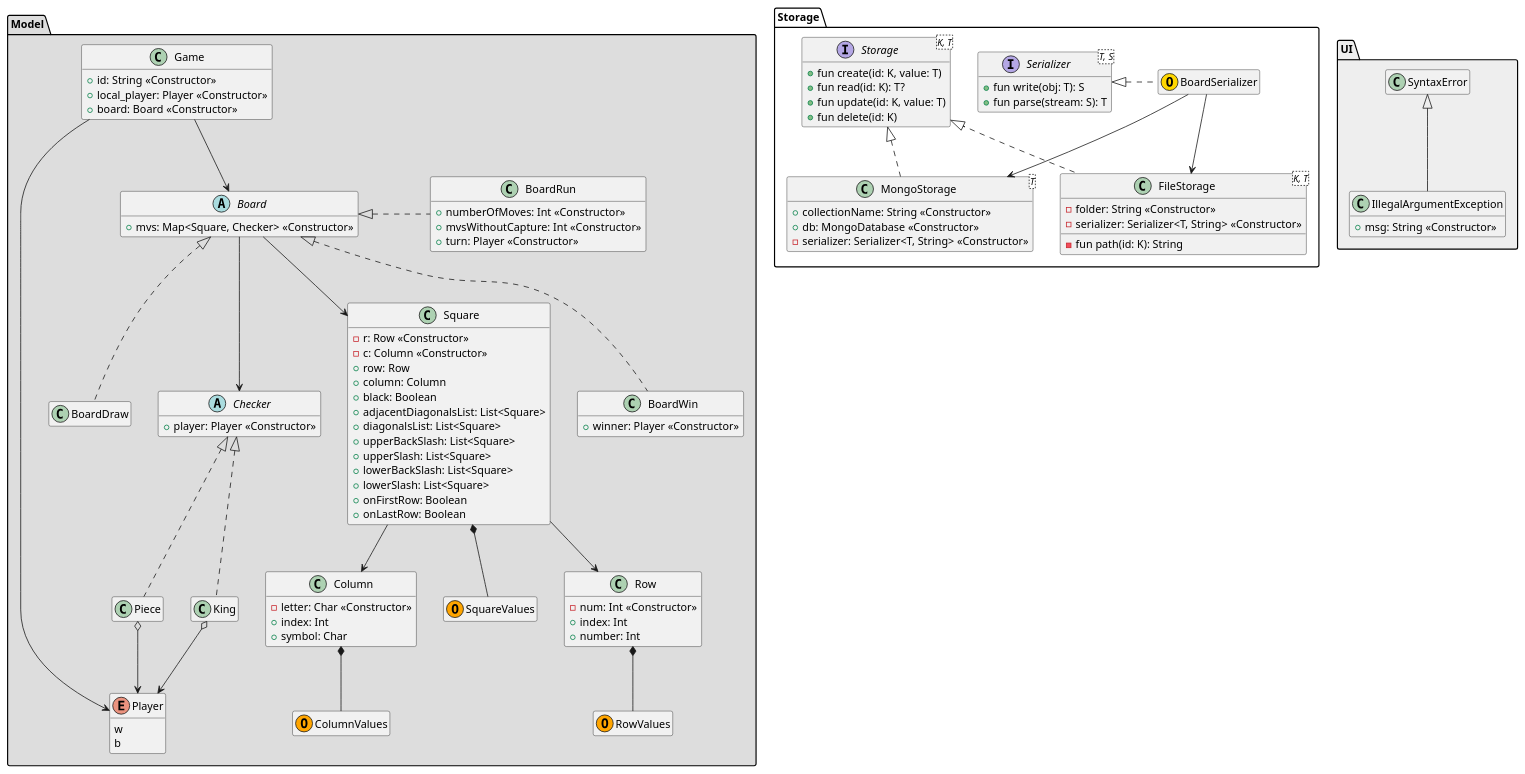
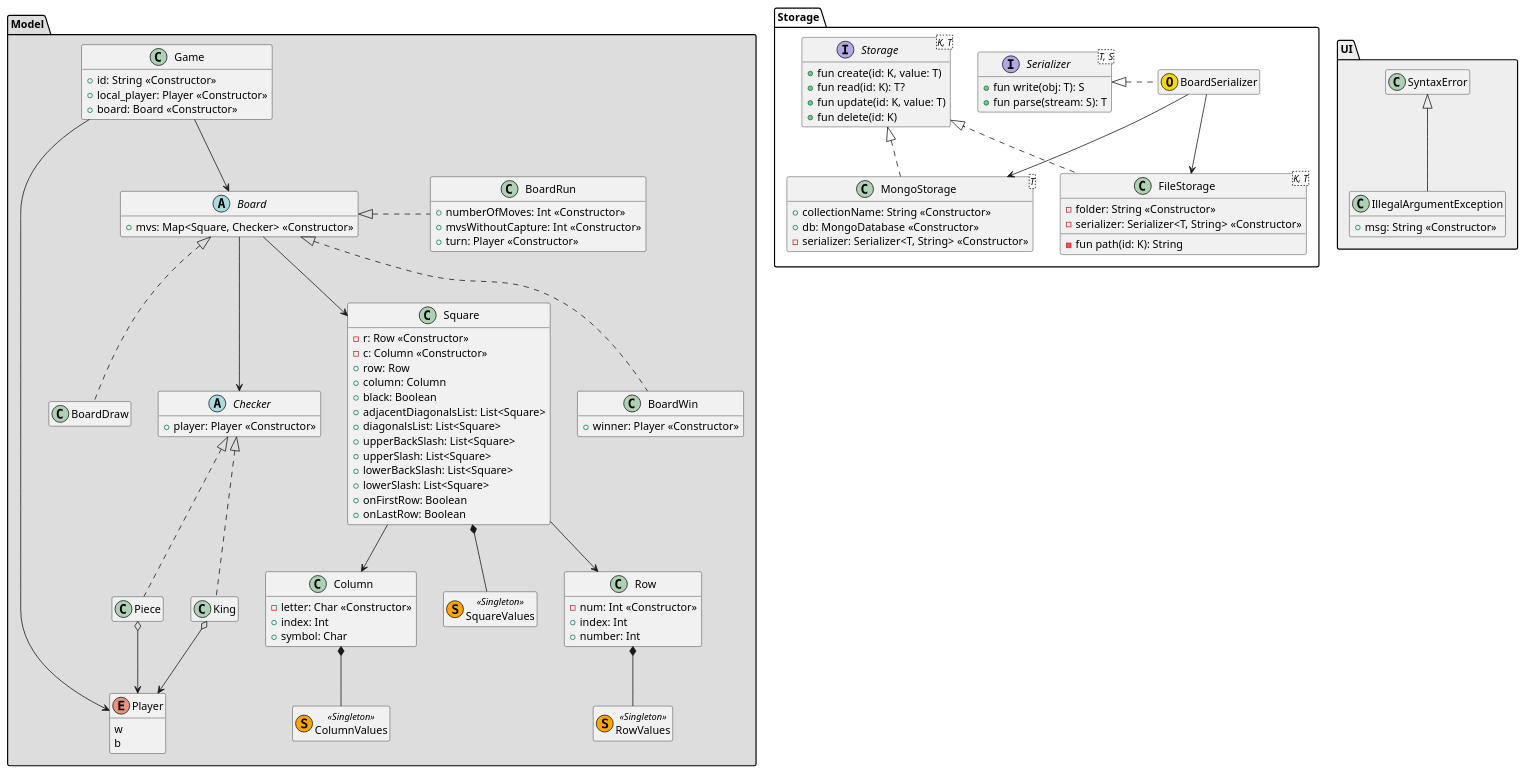
One commit to franciscoengenheiro/desktop-checkers-app changed the diagram in checkers-model/src/main/kotlin/isel/leic/tds/checkers/checkers.puml. Above: the diagram before and after it, drawn with PlantUML.

Commit message:
In the plantUML design, objects in package model were replaced by singleton to better represent the respective companion objects of a class

```diff
--- a/checkers-model/src/main/kotlin/isel/leic/tds/checkers/checkers.puml
+++ b/checkers-model/src/main/kotlin/isel/leic/tds/checkers/checkers.puml
@@ -1,142 +1,142 @@
 @startuml
 'https://plantuml.com/class-diagram
 
 'Modifiers:
 'hide members
 hide empty members
 
 package "Model" #DDDDDD {
     class Game {
         +id: String <<Constructor>>
         +local_player: Player <<Constructor>>
         +board: Board <<Constructor>>
     }
 
     abstract class Board {
         +mvs: Map<Square, Checker> <<Constructor>>
     }
 
     class BoardRun {
         +numberOfMoves: Int <<Constructor>>
         +mvsWithoutCapture: Int <<Constructor>>
         +turn: Player <<Constructor>>
     }
 
     class BoardWin {
         +winner: Player <<Constructor>>
     }
 
     class BoardDraw
 
     abstract class Checker {
         +player: Player <<Constructor>>
     }
 
     class Piece
 
     class King
 
     enum Player {
         w
         b
     }
 
     class Square {
         -r: Row <<Constructor>>
         -c: Column <<Constructor>>
         +row: Row
         +column: Column
         +black: Boolean
         +adjacentDiagonalsList: List<Square>
         +diagonalsList: List<Square>
         +upperBackSlash: List<Square>
         +upperSlash: List<Square>
         +lowerBackSlash: List<Square>
         +lowerSlash: List<Square>
         +onFirstRow: Boolean
         +onLastRow: Boolean
     }
 
-    class SquareValues <<O, Orange>>
+    class SquareValues <<(S, Orange) Singleton >>
 
     class Row {
         -num: Int <<Constructor>>
         +index: Int
         +number: Int
     }
 
-    class RowValues <<O, Orange>>
+    class RowValues <<(S, Orange) Singleton >>
 
     class Column {
         -letter: Char <<Constructor>>
         +index: Int
         +symbol: Char
     }
 
-    class ColumnValues <<O, Orange>>
+    class ColumnValues <<(S, Orange) Singleton >>
 
     'Connections:
     Game --> Board
     Game -> Player
     Board <|. BoardRun: "                 "
     Board <|.. BoardWin
     Board <|.. BoardDraw
     Board --> Square
     Board --> Checker
     King o--> Player
     Piece o--> Player
     Checker <|.. Piece
     Checker <|.. King
     Square --> Row
     Square --> Column
     Square *-- SquareValues
     Row *-- RowValues
     Column *-- ColumnValues
 }
 
 package "Storage" {
     interface Serializer<T, S> {
         +fun write(obj: T): S
         +fun parse(stream: S): T
     }
 
     interface Storage<K, T> {
         +fun create(id: K, value: T)
         +fun read(id: K): T?
         +fun update(id: K, value: T)
         +fun delete(id: K)
     }
 
     class MongoStorage<T> {
         +collectionName: String <<Constructor>>
         +db: MongoDatabase <<Constructor>>
         -serializer: Serializer<T, String> <<Constructor>>
     }
 
     class FileStorage<K, T> {
         -folder: String <<Constructor>>
         -serializer: Serializer<T, String> <<Constructor>>
         -fun path(id: K): String
     }
 
     class BoardSerializer <<(O, gold)>>
 
     'Connections:
     Storage <|.. MongoStorage
     Storage <|.. FileStorage
     Serializer <|. BoardSerializer : "       "
     BoardSerializer --> MongoStorage
     BoardSerializer --> FileStorage
 }
 
 package "UI" #EEEEEE {
     class SyntaxError
 
     class IllegalArgumentException {
         +msg: String <<Constructor>>
     }
 
     'Connections:
     SyntaxError <|-- IllegalArgumentException
 }
 @enduml
```
